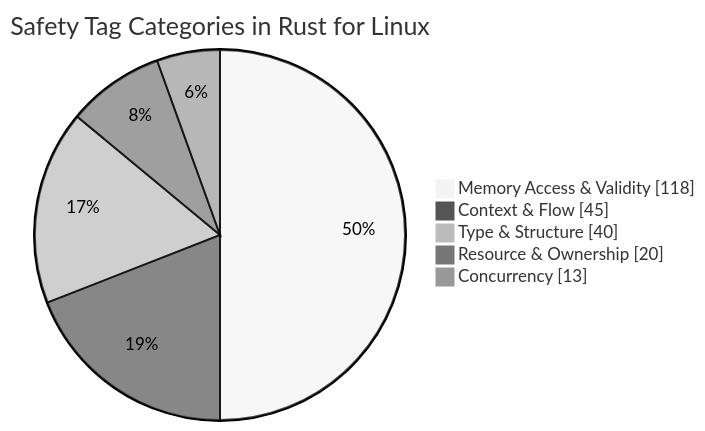
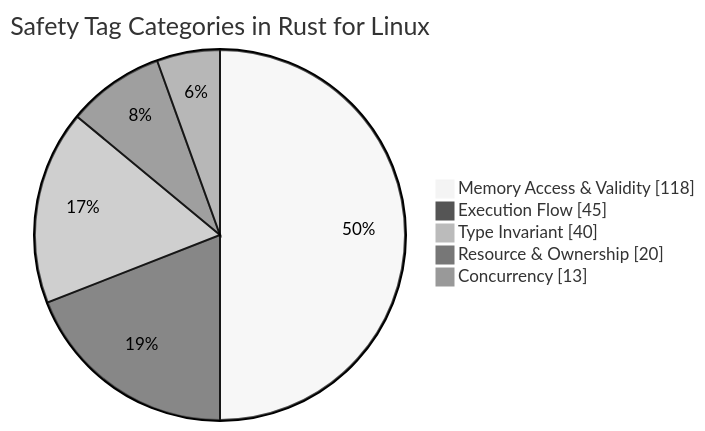
The second of 2 diagrams in slides/safety-tags/pages/4-work.md (os-checker/slides), drawn with Mermaid (neutral theme) before and after one commit. The commit also changed other lines of this file and 2 other files, not shown here.

Commit message:
safety-tags: typo fix

````diff
--- a/slides/safety-tags/pages/4-work.md
+++ b/slides/safety-tags/pages/4-work.md
@@ -100,9 +100,9 @@
 ```mermaid {scale: 0.9}
 pie showData
     title Safety Tag Categories in Rust for Linux
     "Memory Access & Validity" : 118
-    "Context & Flow" : 45
-    "Type & Structure" : 40
+    "Execution Flow" : 45
+    "Type Invariant" : 40
     "Resource & Ownership" : 20
     "Concurrency" : 13
 ```
````
